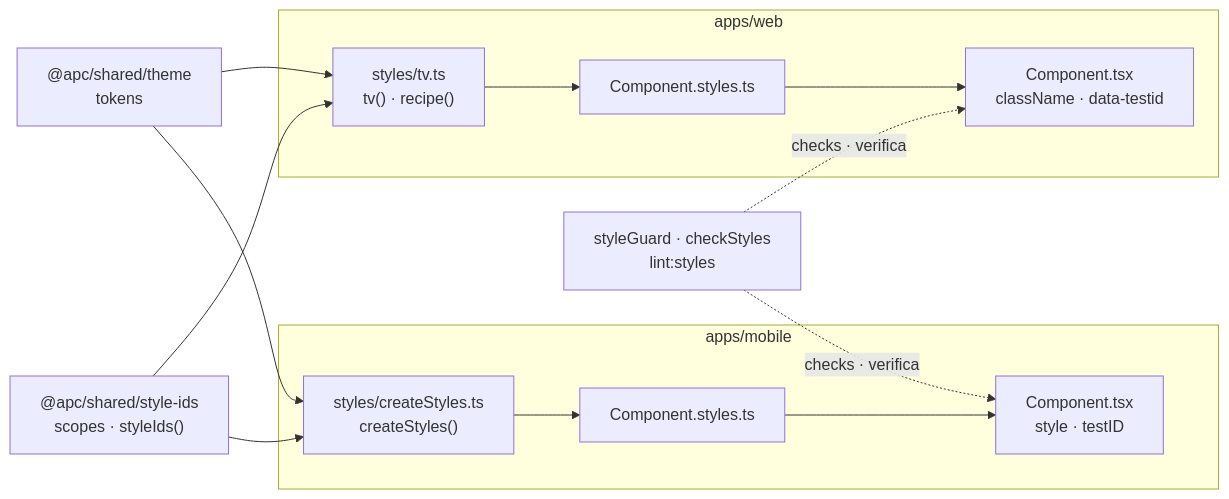
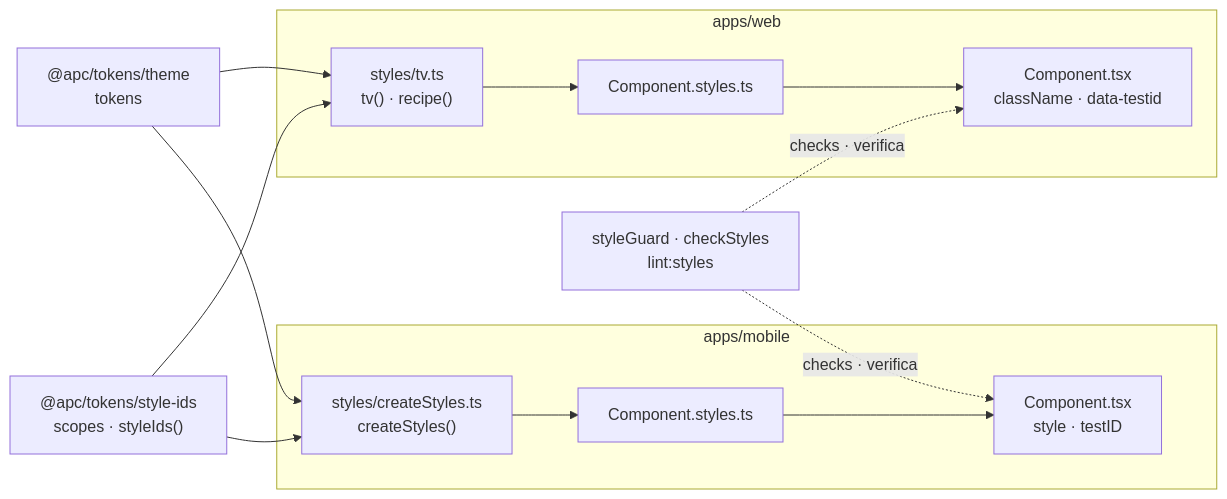
One commit to ChrisCamilo/apc-universal-repair changed the ninth of 9 diagrams in docs/architecture.md. Above: the diagram before and after it, drawn with Mermaid. The commit also changed other lines of this file and 8 other files, not shown here.

Commit message:
docs: Describe @apc/tokens, @apc/ui-spec and @apc/domain in place of @apc/shared

````diff
--- a/docs/architecture.md
+++ b/docs/architecture.md
@@ -273,24 +288,24 @@
 ```mermaid
 flowchart LR
-    tokens["@apc/shared/theme<br/>tokens"]
-    ids["@apc/shared/style-ids<br/>scopes · styleIds()"]
+    tokens["@apc/tokens/theme<br/>tokens"]
+    ids["@apc/tokens/style-ids<br/>scopes · styleIds()"]
     guard["styleGuard · checkStyles<br/>lint:styles"]
     subgraph web["apps/web"]
         tv["styles/tv.ts<br/>tv() · recipe()"]
         webStyles["Component.styles.ts"]
         webComponent["Component.tsx<br/>className · data-testid"]
     end
     subgraph mobile["apps/mobile"]
         create["styles/createStyles.ts<br/>createStyles()"]
         mobileStyles["Component.styles.ts"]
         mobileComponent["Component.tsx<br/>style · testID"]
     end
     tokens --> tv
     tokens --> create
     ids --> tv
     ids --> create
     tv --> webStyles --> webComponent
     create --> mobileStyles --> mobileComponent
     guard -. checks · verifica .-> webComponent
     guard -. checks · verifica .-> mobileComponent
 ```
````
